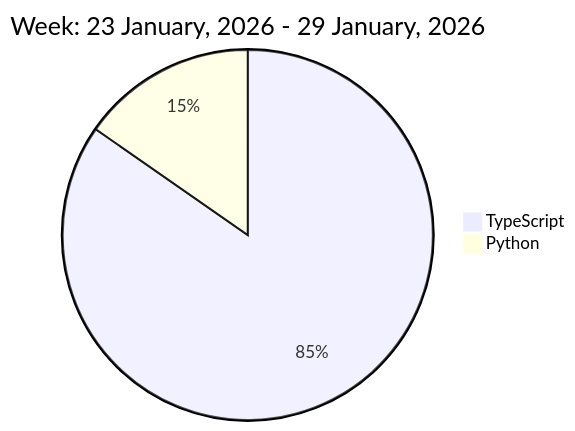
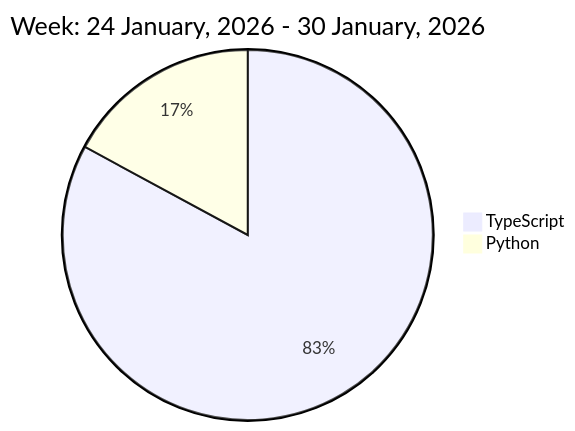
The diagram in README.md (liubin95/liubin95), drawn with Mermaid before and after one commit.

Commit message:
Updated the Graph with new Metrics

````diff
--- a/README.md
+++ b/README.md
@@ -37,6 +37,6 @@
 ```mermaid
  pie
-title Week: 23 January, 2026 - 29 January, 2026
- "TypeScript" : 11.88
- "Python" : 2.15
+title Week: 24 January, 2026 - 30 January, 2026
+ "TypeScript" : 13.18
+ "Python" : 2.72
 ```
````
